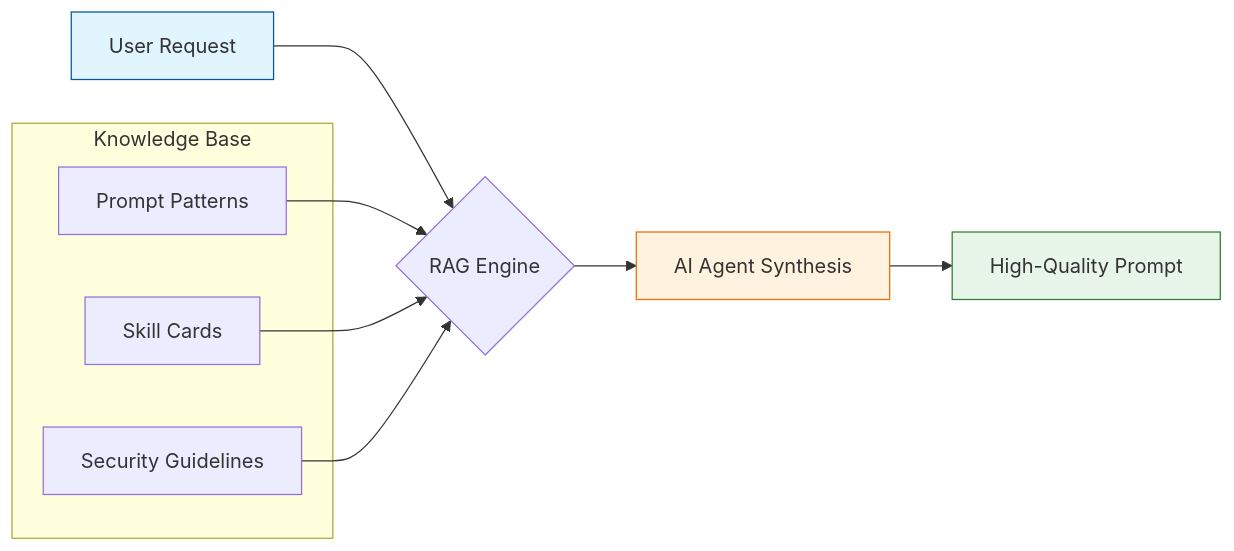
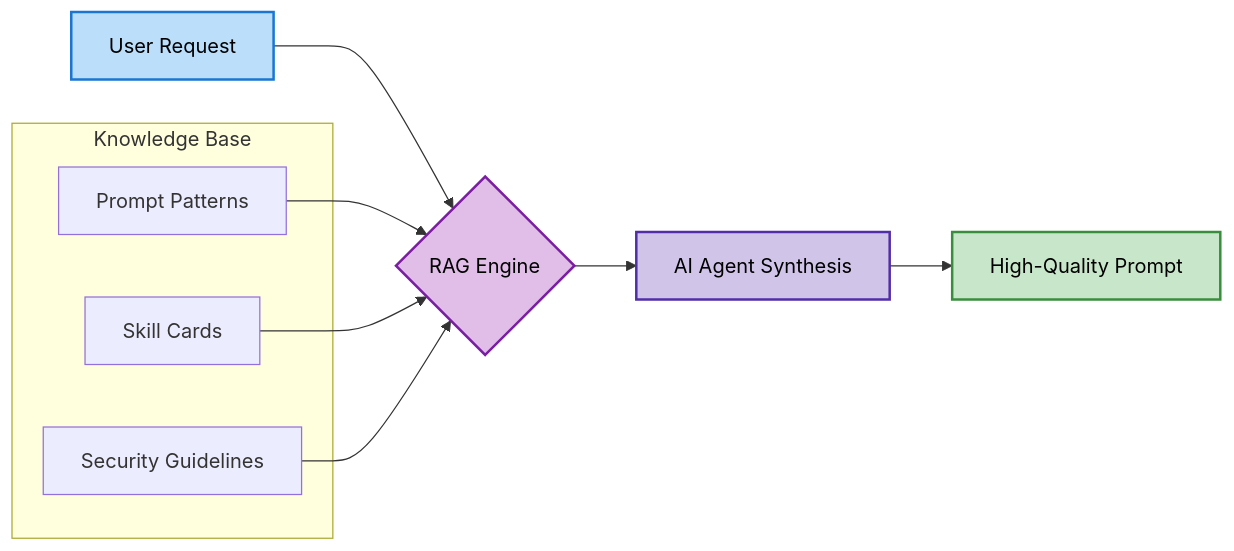
The diagram in README.md (Muhammad-Ali-Asghar/Prompt-Agent), drawn with Mermaid before and after one commit.

Commit message:
Still Dont like readme

````diff
--- a/README.md
+++ b/README.md
@@ -12,21 +12,22 @@
 ```mermaid
 graph LR
     Input[User Request] --> Engine{RAG Engine}
     
     subgraph "Knowledge Base"
         Patterns[Prompt Patterns]
         Skills[Skill Cards]
         Rules[Security Guidelines]
     end
     
     Patterns --> Engine
     Skills --> Engine
     Rules --> Engine
     
     Engine --> Synthesis[AI Agent Synthesis]
     Synthesis --> Output[High-Quality Prompt]
     
-    style Input fill:#e1f5fe,stroke:#01579b
-    style Output fill:#e8f5e9,stroke:#2e7d32
-    style Synthesis fill:#fff3e0,stroke:#ef6c00
+    style Input fill:#BBDEFB,stroke:#1976D2,stroke-width:2px,color:#000
+    style Engine fill:#E1BEE7,stroke:#7B1FA2,stroke-width:2px,color:#000
+    style Synthesis fill:#D1C4E9,stroke:#512DA8,stroke-width:2px,color:#000
+    style Output fill:#C8E6C9,stroke:#388E3C,stroke-width:2px,color:#000
 ```
````
